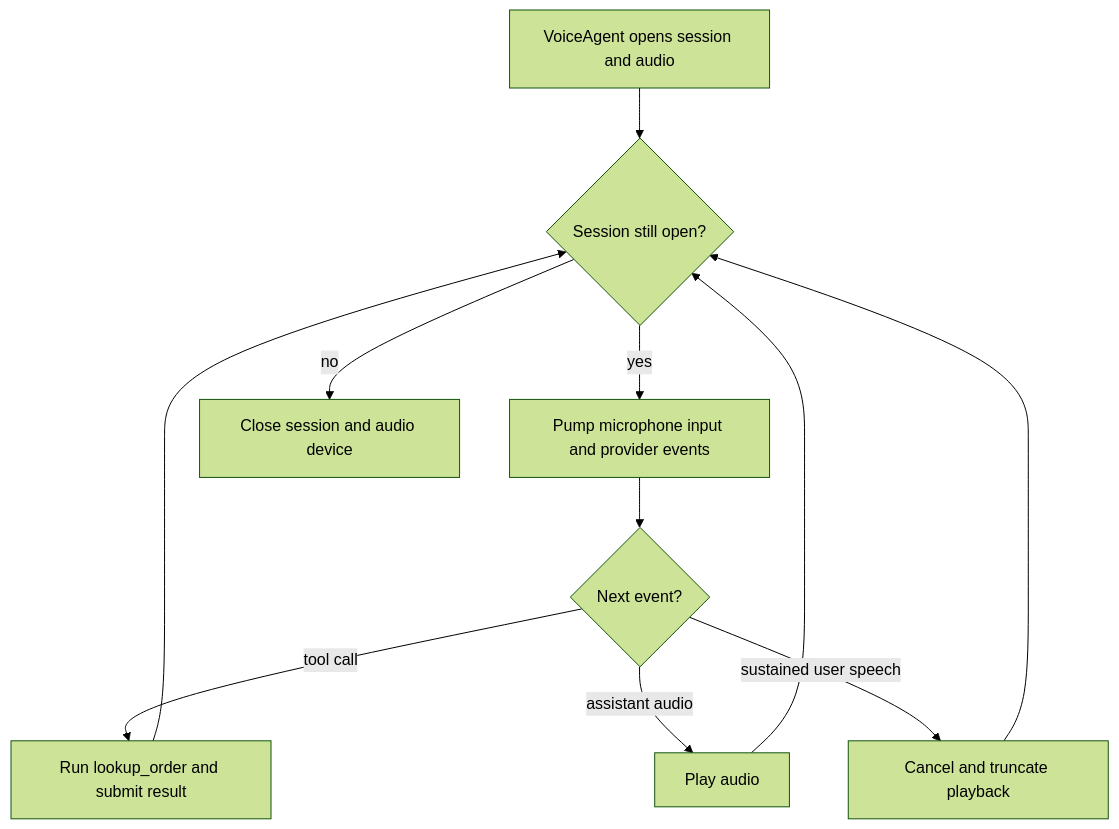
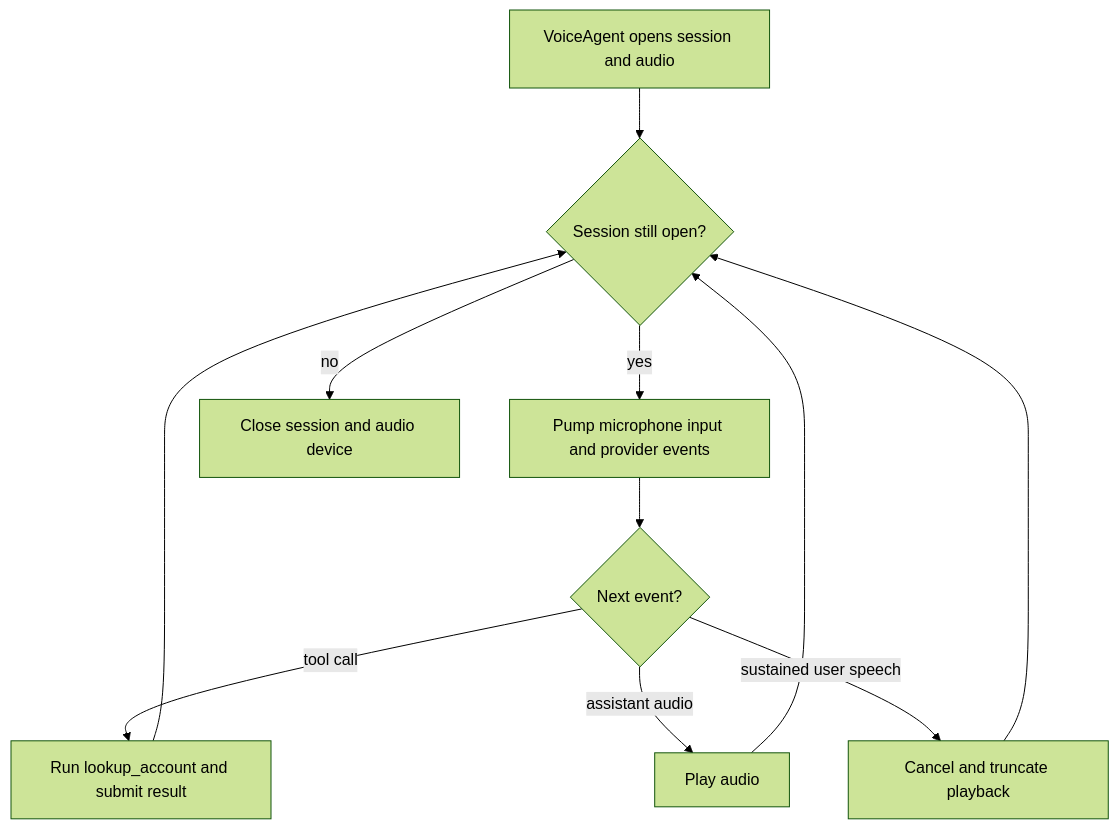
One commit to BoundaryML/baml changed the first of 2 diagrams in baml_language/_plan/bepv4/pages/voice-and-live-sessions.md. Above: the diagram before and after it, drawn with Mermaid (forest theme). The commit also changed other lines of this file and 229 other files, not shown here.

````diff
--- a/baml_language/_plan/bepv4/pages/voice-and-live-sessions.md
+++ b/baml_language/_plan/bepv4/pages/voice-and-live-sessions.md
@@ -45,13 +52,13 @@
 ```mermaid
 flowchart TD
   start["VoiceAgent opens session and audio"] --> active{"Session still open?"}
   active -->|yes| pump["Pump microphone input and provider events"]
   pump --> event{"Next event?"}
-  event -->|tool call| tool["Run lookup_order and submit result"]
+  event -->|tool call| tool["Run lookup_account and submit result"]
   event -->|assistant audio| speaker["Play audio"]
   event -->|sustained user speech| interrupt["Cancel and truncate playback"]
   tool --> active
   speaker --> active
   interrupt --> active
   active -->|no| close["Close session and audio device"]
 ```
````
